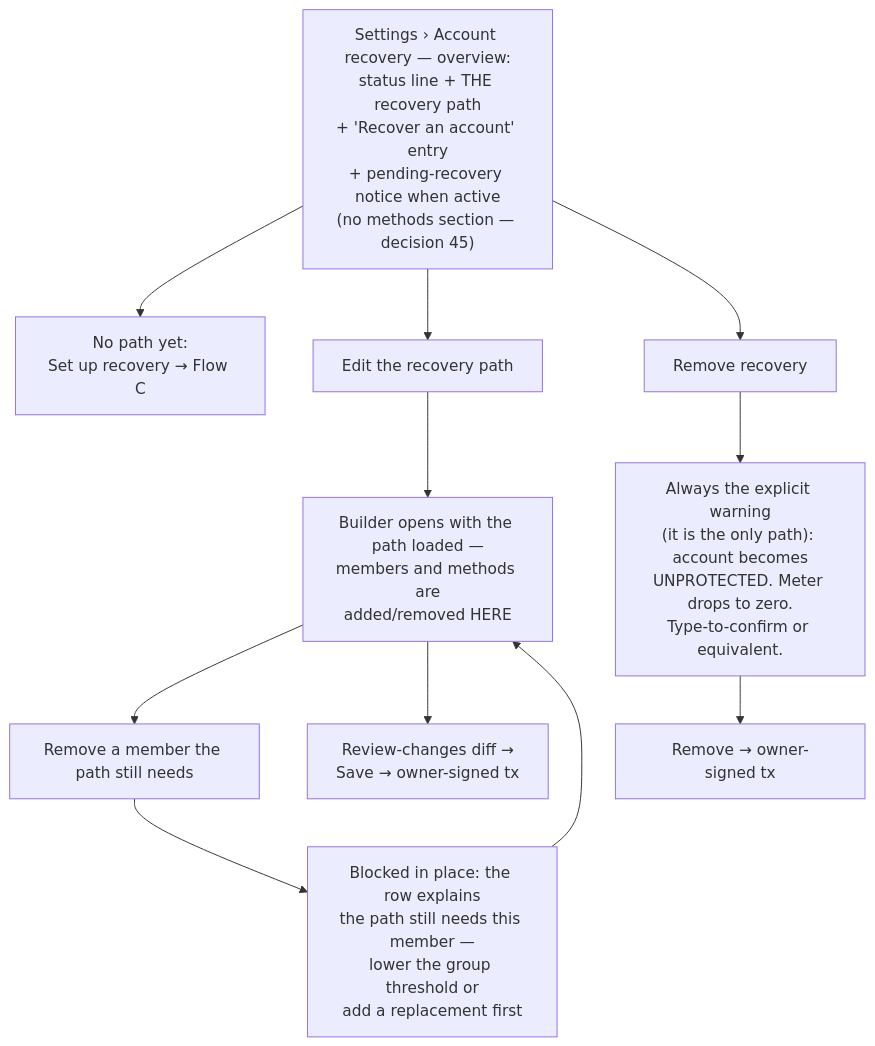
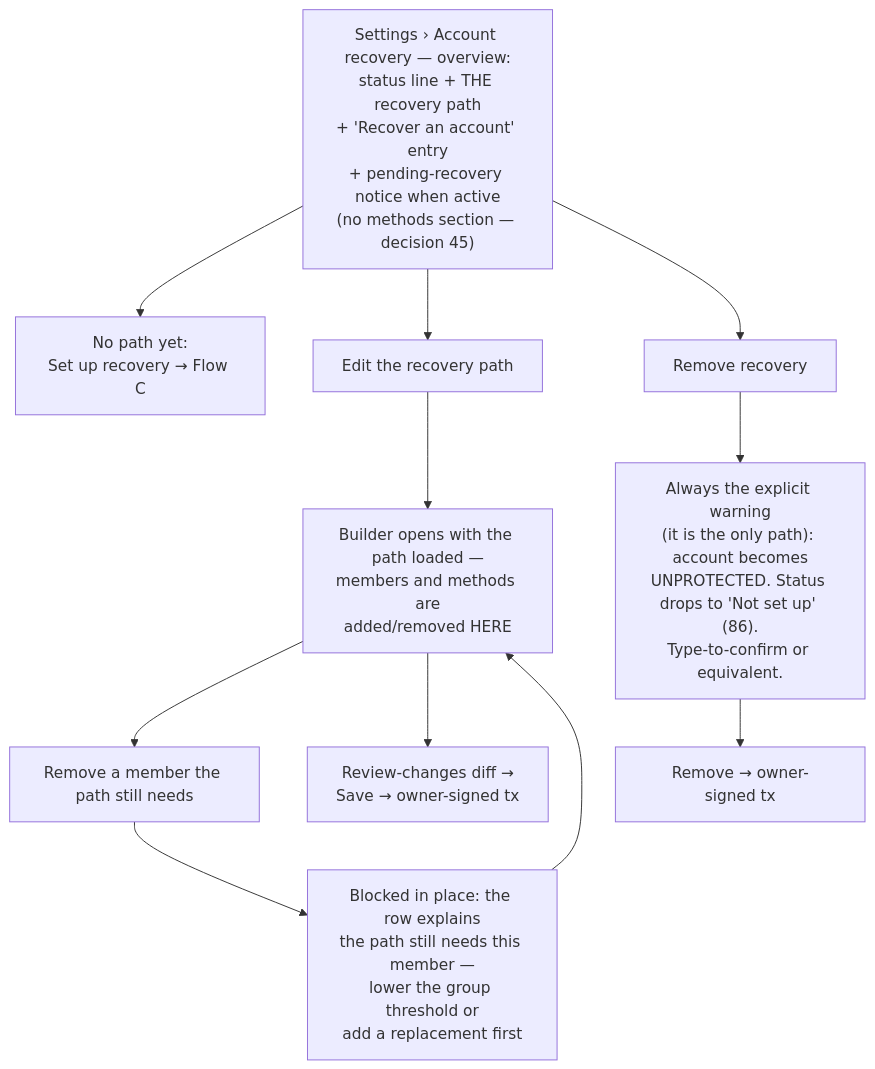
One commit to FiboAtWonder/kohaku-extension changed diagram 14 of 14 in social-recovery-ux-flows.md. Above: the diagram before and after it, drawn with Mermaid. The commit also changed other lines of this file and 1 other file, not shown here.

Commit message:
docs: verifier fixes — 6 blockers + minors (stale 24h floor, Flow F/G nodes, inventory email row, funding wording, crossrefs)

````diff
--- a/social-recovery-ux-flows.md
+++ b/social-recovery-ux-flows.md
@@ -388,18 +388,18 @@
 ```mermaid
 flowchart TD
     A["Settings › Account recovery — overview:<br/>status line + THE recovery path<br/>+ 'Recover an account' entry<br/>+ pending-recovery notice when active<br/>(no methods section — decision 45)"] --> B["No path yet:<br/>Set up recovery → Flow C"]
     A --> C[Edit the recovery path]
     A --> D[Remove recovery]
 
     C --> C1["Builder opens with the path loaded —<br/>members and methods are<br/>added/removed HERE"]
     C1 --> E["Remove a member the path still needs"]
     C1 --> C2["Review-changes diff →<br/>Save → owner-signed tx"]
 
-    D --> D2["Always the explicit warning<br/>(it is the only path): account becomes<br/>UNPROTECTED. Meter drops to zero.<br/>Type-to-confirm or equivalent."]
+    D --> D2["Always the explicit warning<br/>(it is the only path): account becomes<br/>UNPROTECTED. Status drops to 'Not set up' (86).<br/>Type-to-confirm or equivalent."]
     D2 --> D4[Remove → owner-signed tx]
 
     E --> E2["Blocked in place: the row explains<br/>the path still needs this member —<br/>lower the group threshold or<br/>add a replacement first"]
     E2 --> C1
 
     click B href "#flow-c--recovery-setup"
 ```
````
